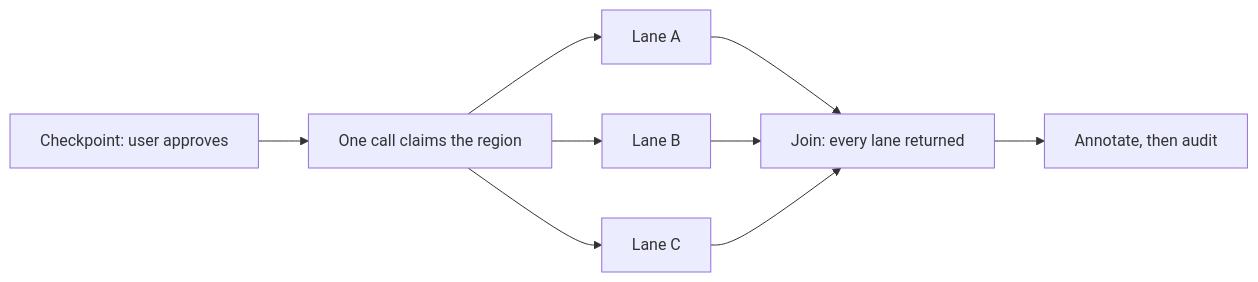
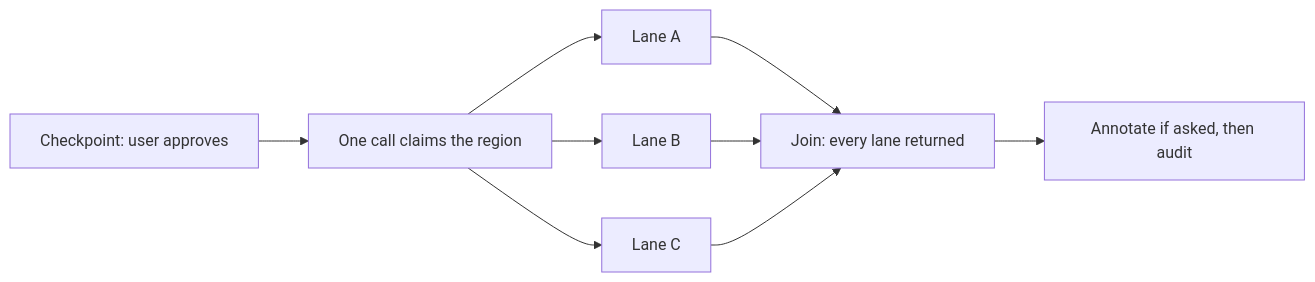
Before and after one commit to johnwilliams-tt/skills: the diagram in pushpin/pushpin/reference/parallel.md, drawn with Mermaid. The commit also changed other lines of this file and 12 other files, not shown here.

````diff
--- a/pushpin/pushpin/reference/parallel.md
+++ b/pushpin/pushpin/reference/parallel.md
@@ -75,11 +75,11 @@
 ```mermaid
 flowchart LR
   checkpoint[Checkpoint: user approves] --> skeleton[One call claims the region]
   skeleton --> laneA[Lane A]
   skeleton --> laneB[Lane B]
   skeleton --> laneC[Lane C]
   laneA --> join[Join: every lane returned]
   laneB --> join
   laneC --> join
-  join --> audit[Annotate, then audit]
+  join --> audit["Annotate if asked, then audit"]
 ```
````
